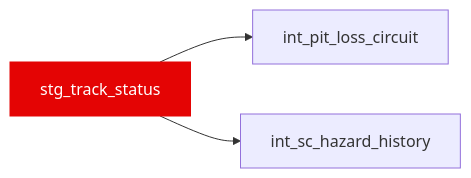
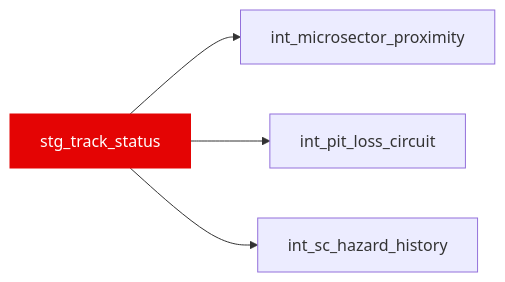
One commit to JustinClarke/off-the-pace changed the diagram in docs/reference/models/stg/stg_track_status.mdx. Above: the diagram before and after it, drawn with Mermaid. The commit also changed 286 other files, not shown here.

````diff
--- a/docs/reference/models/stg/stg_track_status.mdx
+++ b/docs/reference/models/stg/stg_track_status.mdx
@@ -15,6 +15,7 @@
 ```mermaid
 flowchart LR
+  stg_track_status --> int_microsector_proximity
   stg_track_status --> int_pit_loss_circuit
   stg_track_status --> int_sc_hazard_history
   style stg_track_status fill:#e40404,stroke:#e40404,color:#fff
 ```
````
